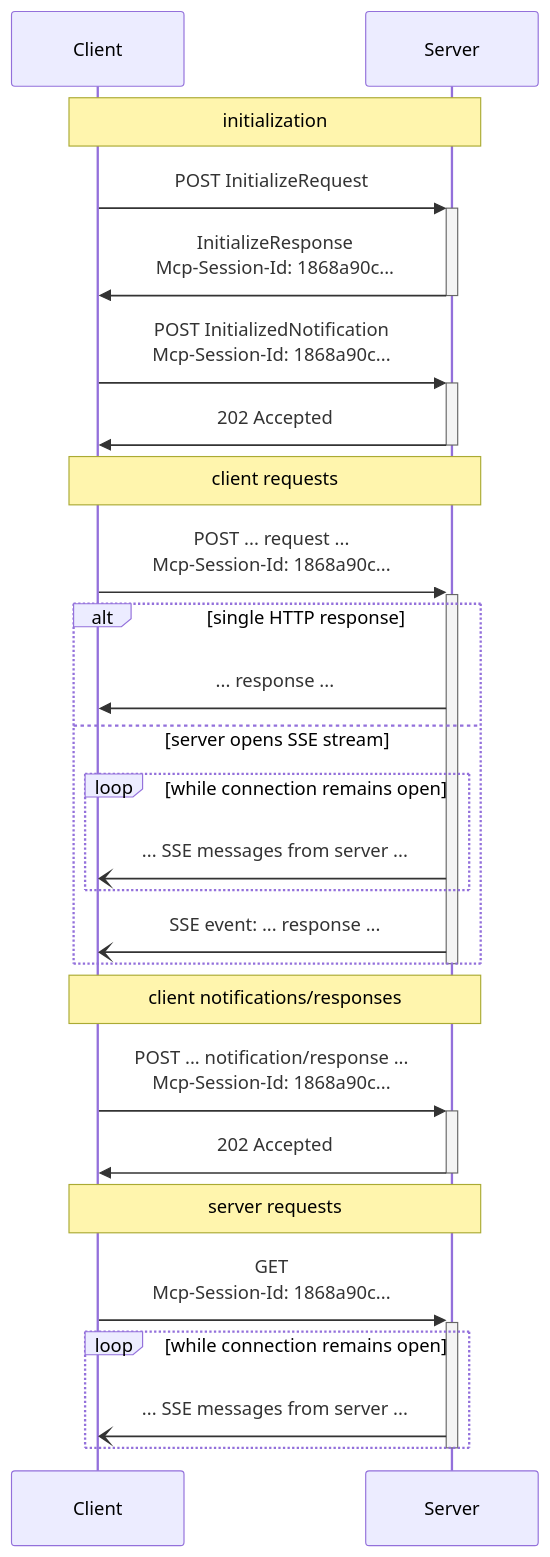
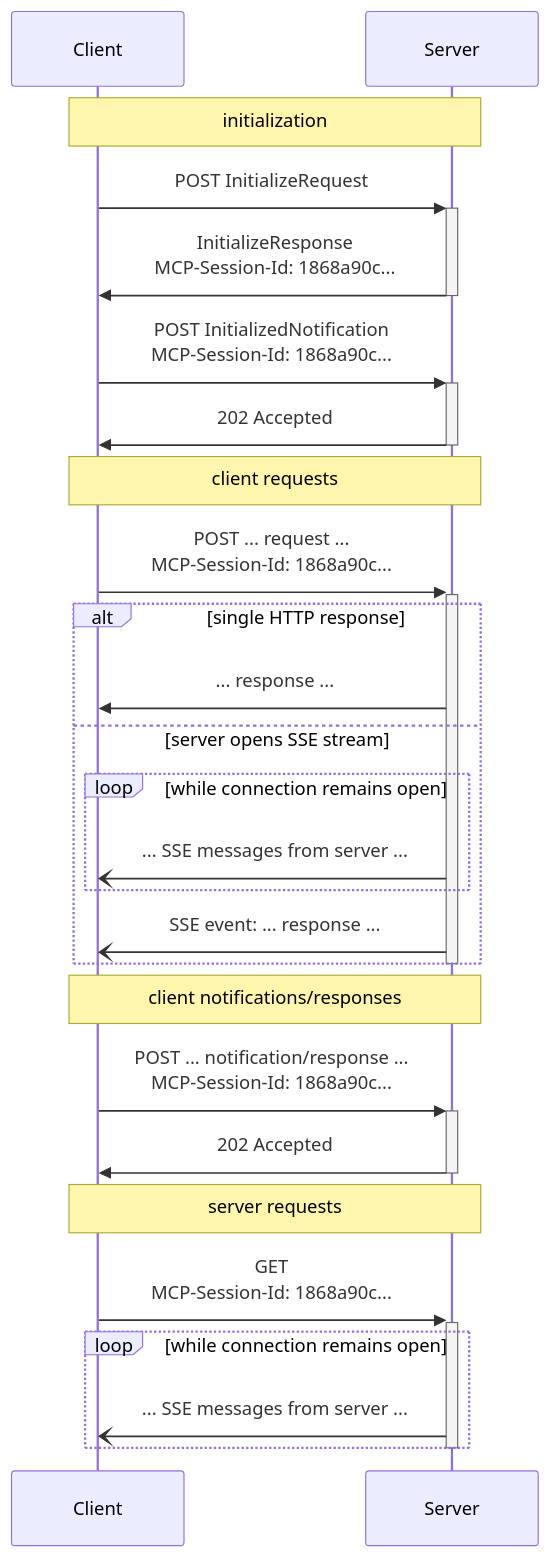
Before and after one commit to modelcontextprotocol/modelcontextprotocol: the second of 2 diagrams in docs/specification/2025-11-25/basic/transports.mdx, drawn with Mermaid. The commit also changed other lines of this file and 4 other files, not shown here.

````diff
--- a/docs/specification/2025-11-25/basic/transports.mdx
+++ b/docs/specification/2025-11-25/basic/transports.mdx
@@ -224,38 +226,38 @@
 ```mermaid
 sequenceDiagram
     participant Client
     participant Server
 
     note over Client, Server: initialization
 
     Client->>+Server: POST InitializeRequest
-    Server->>-Client: InitializeResponse<br>Mcp-Session-Id: 1868a90c...
+    Server->>-Client: InitializeResponse<br>MCP-Session-Id: 1868a90c...
 
-    Client->>+Server: POST InitializedNotification<br>Mcp-Session-Id: 1868a90c...
+    Client->>+Server: POST InitializedNotification<br>MCP-Session-Id: 1868a90c...
     Server->>-Client: 202 Accepted
 
     note over Client, Server: client requests
-    Client->>+Server: POST ... request ...<br>Mcp-Session-Id: 1868a90c...
+    Client->>+Server: POST ... request ...<br>MCP-Session-Id: 1868a90c...
 
     alt single HTTP response
       Server->>Client: ... response ...
     else server opens SSE stream
       loop while connection remains open
           Server-)Client: ... SSE messages from server ...
       end
       Server-)Client: SSE event: ... response ...
     end
     deactivate Server
 
     note over Client, Server: client notifications/responses
-    Client->>+Server: POST ... notification/response ...<br>Mcp-Session-Id: 1868a90c...
+    Client->>+Server: POST ... notification/response ...<br>MCP-Session-Id: 1868a90c...
     Server->>-Client: 202 Accepted
 
     note over Client, Server: server requests
-    Client->>+Server: GET<br>Mcp-Session-Id: 1868a90c...
+    Client->>+Server: GET<br>MCP-Session-Id: 1868a90c...
     loop while connection remains open
         Server-)Client: ... SSE messages from server ...
     end
     deactivate Server
 
 ```
````
